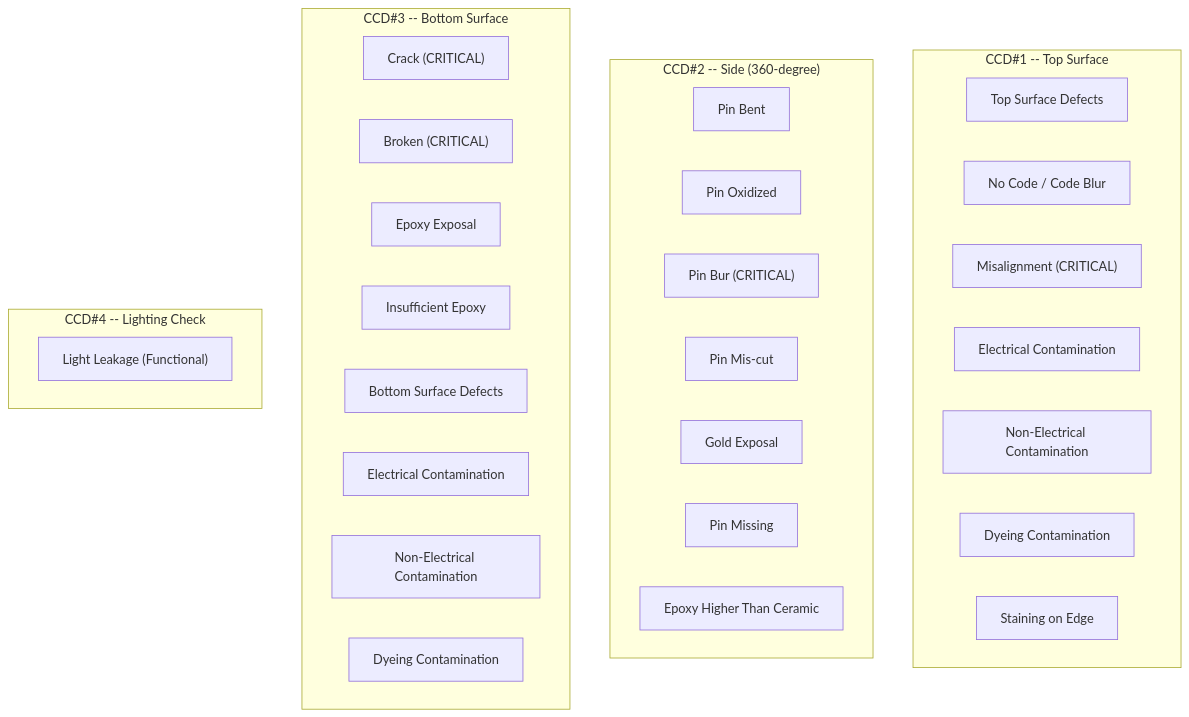
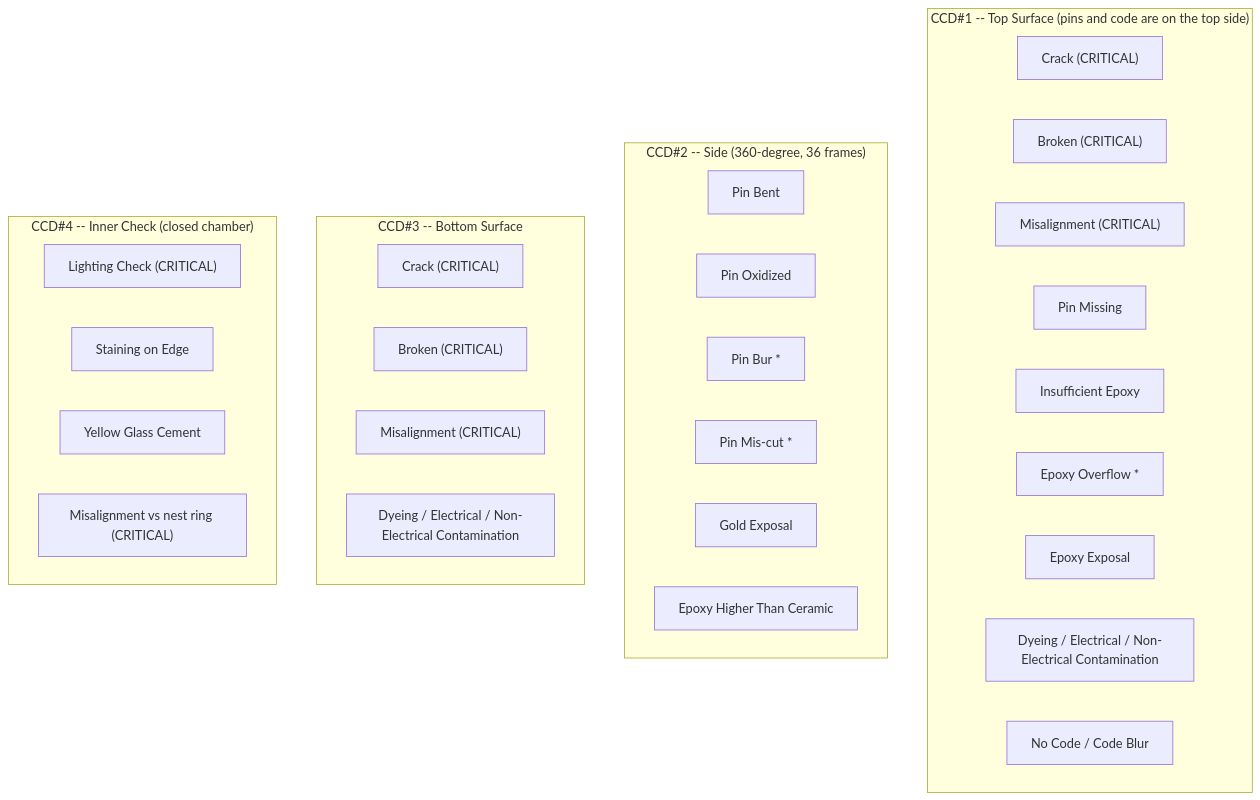
One commit to Rongxuan-Zhou/AOI-sys-for-TI changed the diagram in docs/defect-classification.md. Above: the diagram before and after it, drawn with Mermaid. The commit also changed other lines of this file and 8 other files, not shown here.

Commit message:
docs: align src/README and design docs with the V1.4 implementation (chamber geometry, 4 cameras per station, 15 axes, I/O counts, taxonomy)

````diff
--- a/docs/defect-classification.md
+++ b/docs/defect-classification.md
@@ -285,37 +287,37 @@
 ```mermaid
 graph TD
-    subgraph "CCD#1 -- Top Surface"
-        D_SURF1["Top Surface Defects"]
+    subgraph "CCD#1 -- Top Surface (pins and code are on the top side)"
+        D_CRACK1["Crack (CRITICAL)"]
+        D_BROKEN1["Broken (CRITICAL)"]
+        D_ALIGN1["Misalignment (CRITICAL)"]
+        D_PMISSING["Pin Missing"]
+        D_INSEP["Insufficient Epoxy"]
+        D_EPOVF["Epoxy Overflow *"]
+        D_EPEXP["Epoxy Exposal"]
+        D_CONT1["Dyeing / Electrical / Non-Electrical Contamination"]
         D_MARK["No Code / Code Blur"]
-        D_ALIGN["Misalignment (CRITICAL)"]
-        D_ECONT1["Electrical Contamination"]
-        D_NECONT1["Non-Electrical Contamination"]
-        D_DYE1["Dyeing Contamination"]
-        D_STAIN1["Staining on Edge"]
     end
-    
-    subgraph "CCD#2 -- Side (360-degree)"
+
+    subgraph "CCD#2 -- Side (360-degree, 36 frames)"
         D_PBENT["Pin Bent"]
         D_POXI["Pin Oxidized"]
-        D_PBUR["Pin Bur (CRITICAL)"]
-        D_PMIS["Pin Mis-cut"]
+        D_PBUR["Pin Bur *"]
+        D_PMIS["Pin Mis-cut *"]
         D_GOLD["Gold Exposal"]
-        D_PMISSING["Pin Missing"]
         D_EPHI["Epoxy Higher Than Ceramic"]
     end
-    
+
     subgraph "CCD#3 -- Bottom Surface"
-        D_CRACK["Crack (CRITICAL)"]
-        D_BROKEN["Broken (CRITICAL)"]
-        D_EPEXP["Epoxy Exposal"]
-        D_INSEP["Insufficient Epoxy"]
-        D_SURF3["Bottom Surface Defects"]
-        D_ECONT3["Electrical Contamination"]
-        D_NECONT3["Non-Electrical Contamination"]
-        D_DYE3["Dyeing Contamination"]
+        D_CRACK3["Crack (CRITICAL)"]
+        D_BROKEN3["Broken (CRITICAL)"]
+        D_ALIGN3["Misalignment (CRITICAL)"]
+        D_CONT3["Dyeing / Electrical / Non-Electrical Contamination"]
     end
-    
-    subgraph "CCD#4 -- Lighting Check"
-        D_LIGHT["Light Leakage (Functional)"]
+
+    subgraph "CCD#4 -- Inner Check (closed chamber)"
+        D_LIGHT["Lighting Check (CRITICAL)"]
+        D_STAIN["Staining on Edge"]
+        D_CEMENT["Yellow Glass Cement"]
+        D_ALIGN4["Misalignment vs nest ring (CRITICAL)"]
     end
 ```
````
